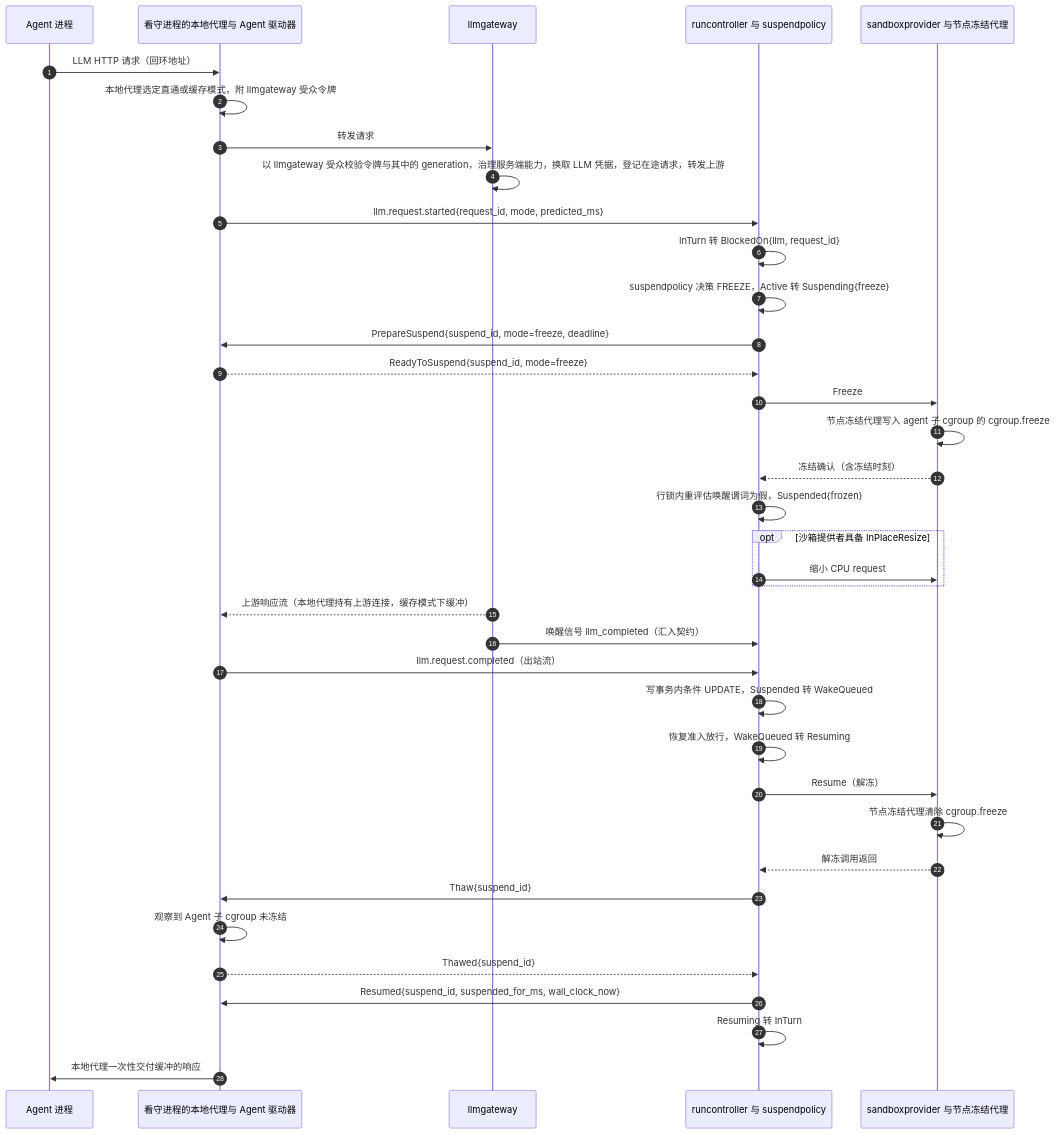
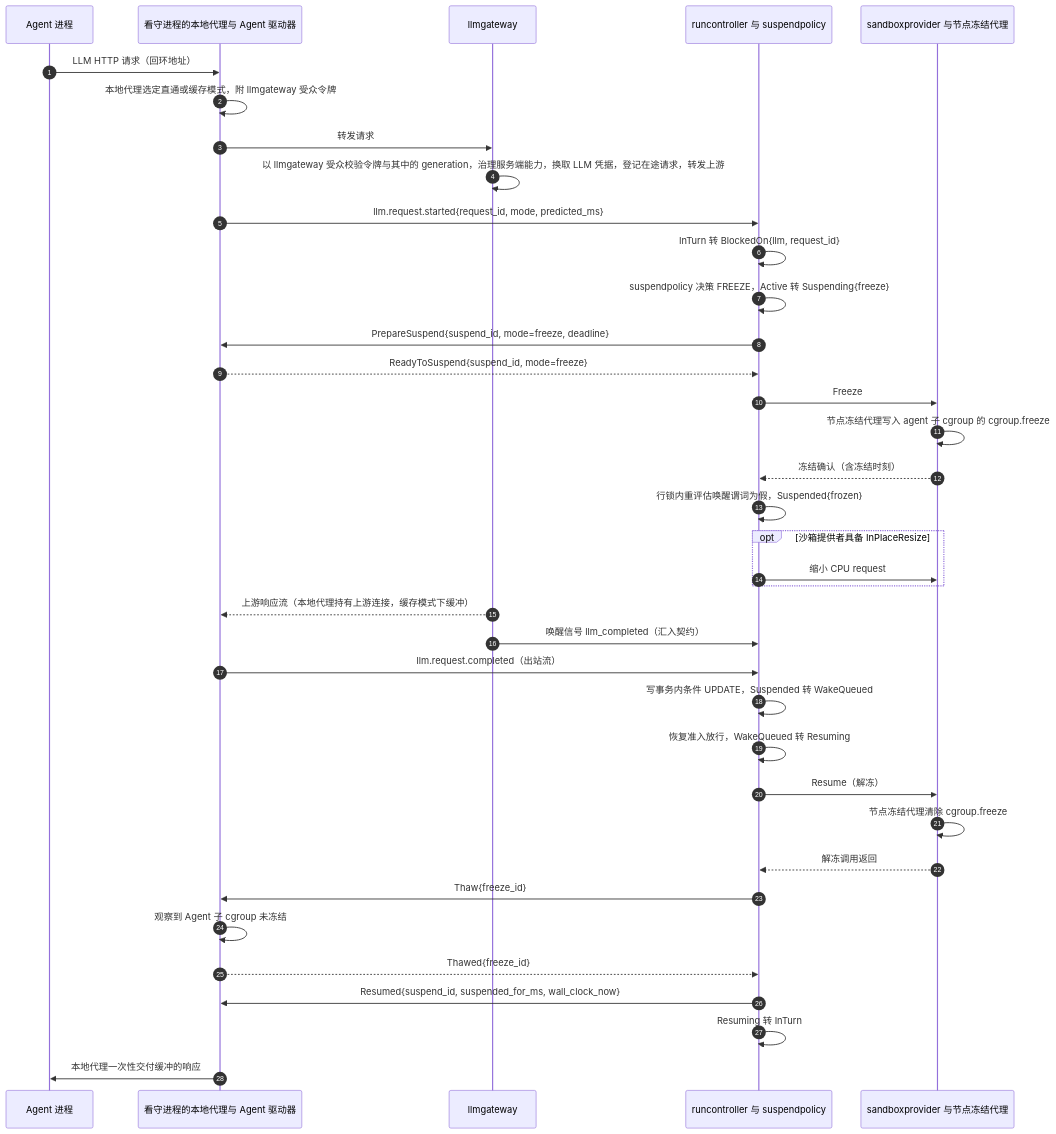
Before and after one commit to wangzw/castworks: the fifth of 8 diagrams in docs/design/architecture.md, drawn with Mermaid. The commit also changed other lines of this file and 35 other files, not shown here.

````diff
--- a/docs/design/architecture.md
+++ b/docs/design/architecture.md
@@ -360,39 +360,39 @@
 ```mermaid
 sequenceDiagram
     autonumber
     participant A as Agent 进程
     participant W as 看守进程的本地代理与 Agent 驱动器
     participant G as llmgateway
     participant R as runcontroller 与 suspendpolicy
     participant P as sandboxprovider 与节点冻结代理
     A->>W: LLM HTTP 请求（回环地址）
     W->>W: 本地代理选定直通或缓存模式，附 llmgateway 受众令牌
     W->>G: 转发请求
     G->>G: 以 llmgateway 受众校验令牌与其中的 generation，治理服务端能力，换取 LLM 凭据，登记在途请求，转发上游
     W->>R: llm.request.started{request_id, mode, predicted_ms}
     R->>R: InTurn 转 BlockedOn{llm, request_id}
     R->>R: suspendpolicy 决策 FREEZE，Active 转 Suspending{freeze}
     R->>W: PrepareSuspend{suspend_id, mode=freeze, deadline}
     W-->>R: ReadyToSuspend{suspend_id, mode=freeze}
     R->>P: Freeze
     P->>P: 节点冻结代理写入 agent 子 cgroup 的 cgroup.freeze
     P-->>R: 冻结确认（含冻结时刻）
     R->>R: 行锁内重评估唤醒谓词为假，Suspended{frozen}
     opt 沙箱提供者具备 InPlaceResize
         R->>P: 缩小 CPU request
     end
     G-->>W: 上游响应流（本地代理持有上游连接，缓存模式下缓冲）
     G->>R: 唤醒信号 llm_completed（汇入契约）
     W->>R: llm.request.completed（出站流）
     R->>R: 写事务内条件 UPDATE，Suspended 转 WakeQueued
     R->>R: 恢复准入放行，WakeQueued 转 Resuming
     R->>P: Resume（解冻）
     P->>P: 节点冻结代理清除 cgroup.freeze
     P-->>R: 解冻调用返回
-    R->>W: Thaw{suspend_id}
+    R->>W: Thaw{freeze_id}
     W->>W: 观察到 Agent 子 cgroup 未冻结
-    W-->>R: Thawed{suspend_id}
+    W-->>R: Thawed{freeze_id}
     R->>W: Resumed{suspend_id, suspended_for_ms, wall_clock_now}
     R->>R: Resuming 转 InTurn
     W->>A: 本地代理一次性交付缓冲的响应
 ```
````
